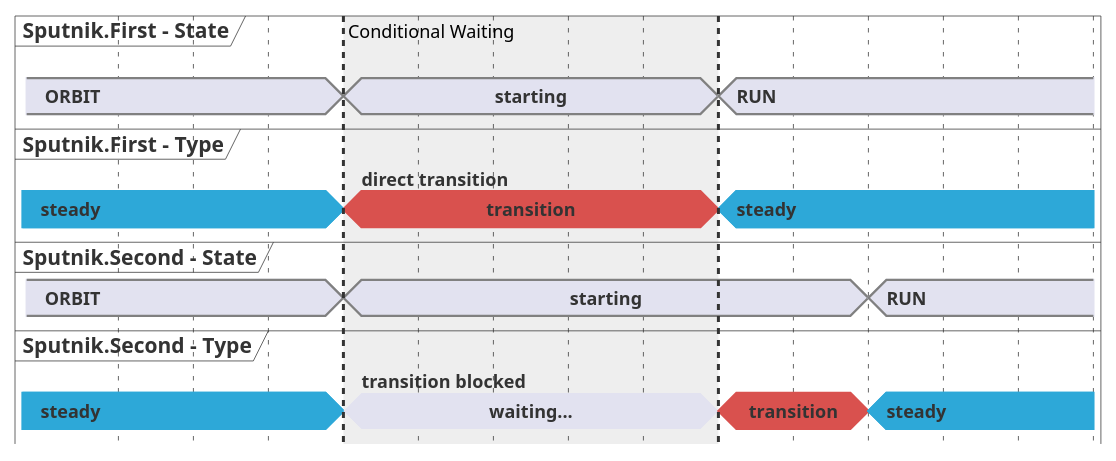
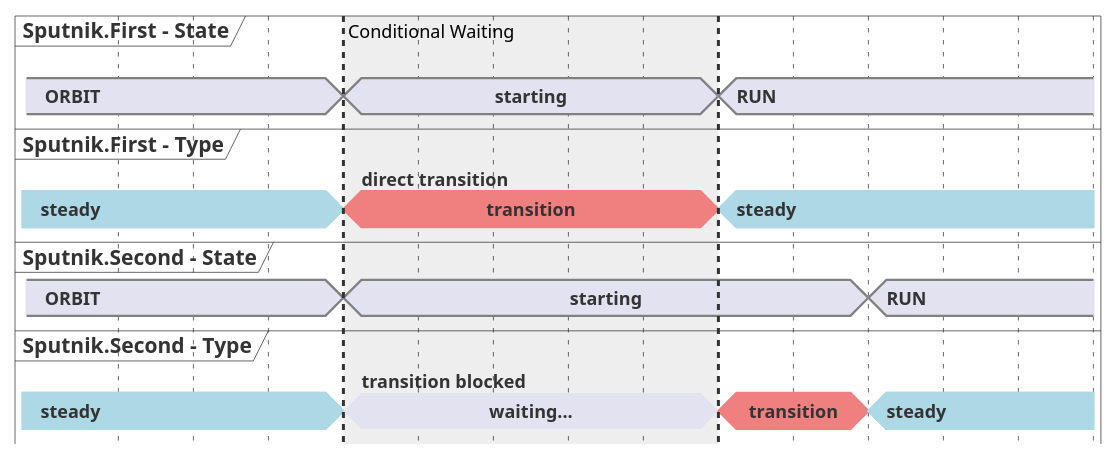
Before and after one commit to constellation-daq/Constellation: the first of 2 diagrams in docs/operator_guide/concepts/autonomy.md, drawn with PlantUML. The commit also changed other lines of this file and 3 other files, not shown here.

````diff
--- a/docs/operator_guide/concepts/autonomy.md
+++ b/docs/operator_guide/concepts/autonomy.md
@@ -80,35 +83,35 @@
 ```plantuml
 @startuml
 hide time-axis
 concise "Sputnik.First - State" as S1
 concise "Sputnik.First - Type" as A1
 concise "Sputnik.Second - State" as S2
 concise "Sputnik.Second - Type" as A2
 
 S1 is ORBIT #line:Gray
 S2 is ORBIT #line:Gray
-A1 is steady #2DA8D8;line:2DA8D8
-A2 is steady #2DA8D8;line:2DA8D8
+A1 is steady #lightblue;line:lightblue
+A2 is steady #lightblue;line:lightblue
 
 @0
 
 @300
 S1 is starting #line:Gray
 S2 is starting #line:Gray
-A1 is transition #D9514E;line:D9514E : direct transition
+A1 is transition #lightcoral;line:lightcoral : direct transition
 A2 is waiting... #line:transparent : transition blocked
 
 @800
 S1 is RUN #line:Gray
-A1 is steady #2DA8D8;line:2DA8D8
-A2 is transition #D9514E;line:D9514E
+A1 is steady #lightblue;line:lightblue
+A2 is transition #lightcoral;line:lightcoral
 
 @1000
 S2 is RUN #line:Gray
-A2 is steady #2DA8D8;line:2DA8D8
+A2 is steady #lightblue;line:lightblue
 
 @1200
 
 highlight 300 to 800 : Conditional Waiting
 @enduml
 ```
````
